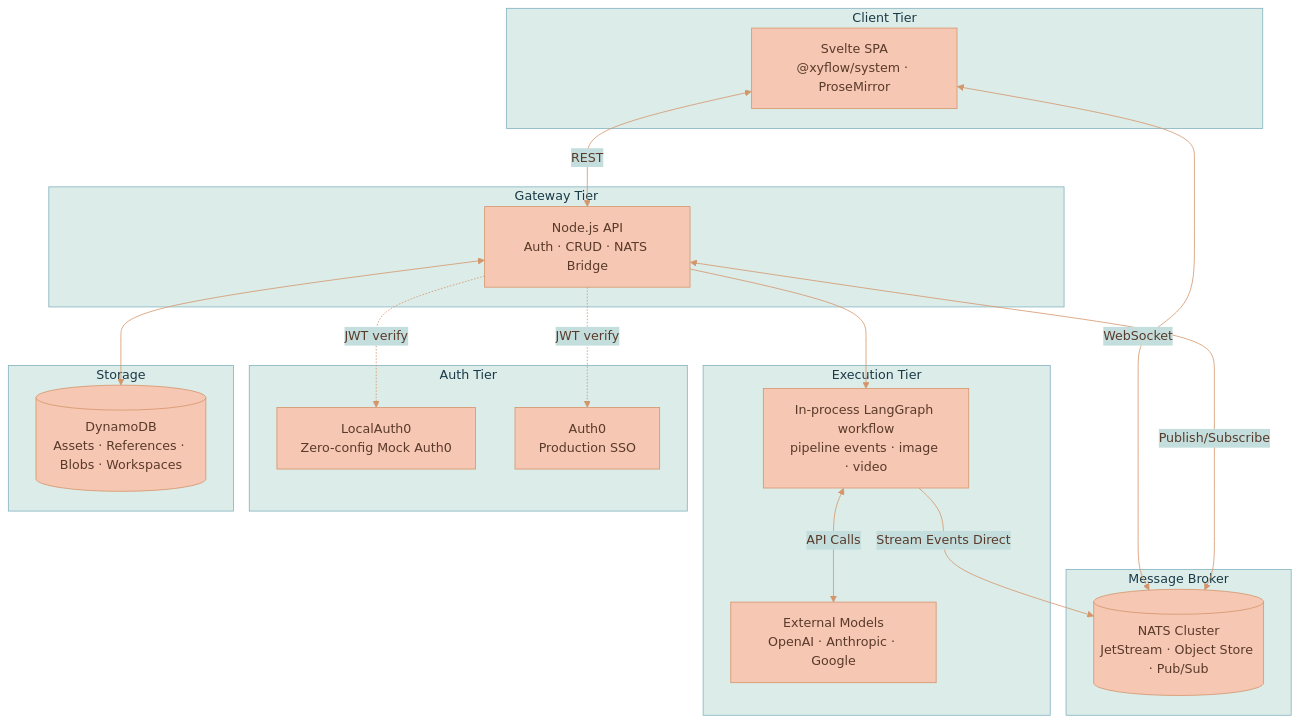
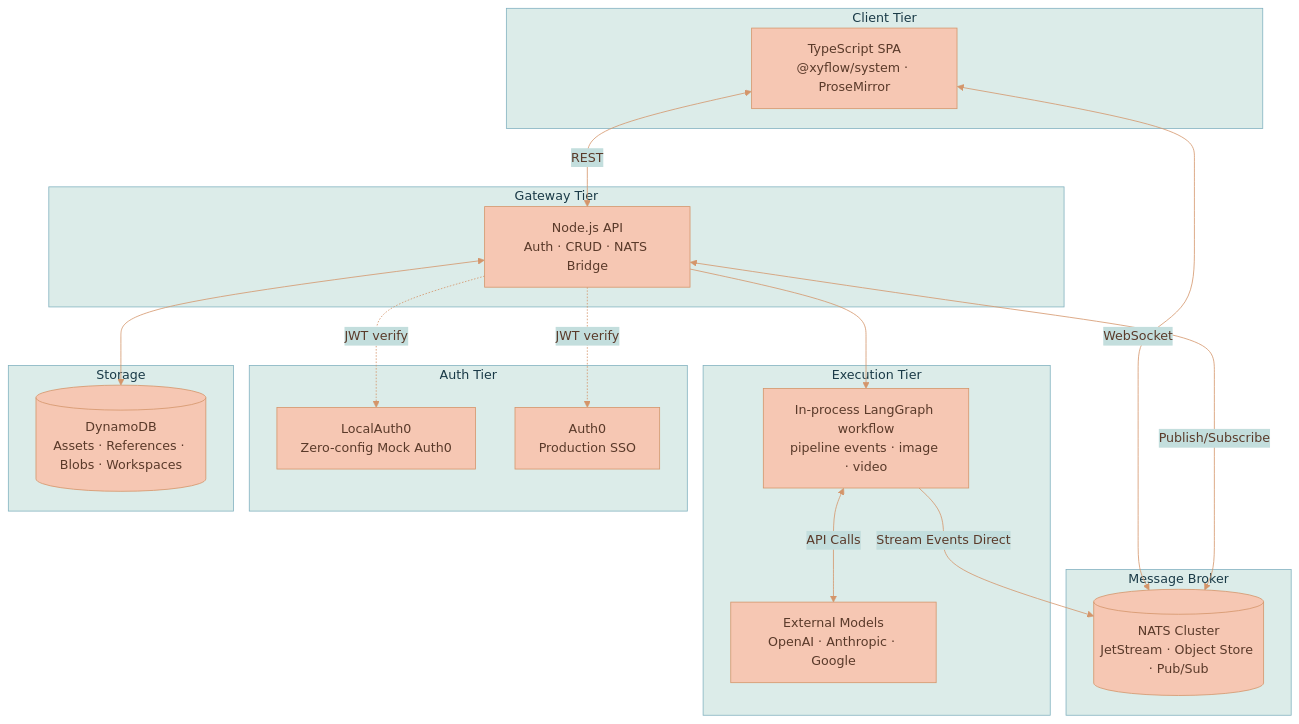
One commit to Lixpi/lixpi changed the fourth of 7 diagrams in documentation/PRODUCT-OVERVIEW.md. Above: the diagram before and after it, drawn with Mermaid. The commit also changed other lines of this file and 51 other files, not shown here.

````diff
--- a/documentation/PRODUCT-OVERVIEW.md
+++ b/documentation/PRODUCT-OVERVIEW.md
@@ -170,39 +170,39 @@
 ```mermaid
 %%{init: {'theme': 'base', 'themeVariables': { 'primaryColor': '#F6C7B3', 'primaryTextColor': '#5a3a2a', 'primaryBorderColor': '#d4956a', 'secondaryColor': '#C3DEDD', 'secondaryTextColor': '#1a3a47', 'secondaryBorderColor': '#4a8a9d', 'tertiaryColor': '#DCECE9', 'tertiaryTextColor': '#1a3a47', 'tertiaryBorderColor': '#82B2C0', 'lineColor': '#d4956a', 'textColor': '#5a3a2a'}}}%%
 graph TB
     subgraph "Client Tier"
-        UI[Svelte SPA<br/>@xyflow/system · ProseMirror]
+        UI[TypeScript SPA<br/>@xyflow/system · ProseMirror]
     end
 
     subgraph "Gateway Tier"
         API[Node.js API<br/>Auth · CRUD · NATS Bridge]
     end
 
     subgraph "Message Broker"
         NATS[(NATS Cluster<br/>JetStream · Object Store · Pub/Sub)]
     end
 
     subgraph "Execution Tier"
         LLM[In-process LangGraph workflow<br/>pipeline events · image · video]
         Provider[External Models<br/>OpenAI · Anthropic · Google]
     end
 
     subgraph "Auth Tier"
         LA[LocalAuth0<br/>Zero-config Mock Auth0]
         Auth0[Auth0<br/>Production SSO]
     end
 
     subgraph "Storage"
         DDB[(DynamoDB<br/>Assets · References · Blobs · Workspaces)]
     end
 
     UI <-->|WebSocket| NATS
     UI <-->|REST| API
     API <-->|Publish/Subscribe| NATS
     API <--> DDB
     API --> LLM
     LLM <-->|API Calls| Provider
     LLM -->|Stream Events Direct| NATS
     API -.->|JWT verify| LA
     API -.->|JWT verify| Auth0
 ```
````
